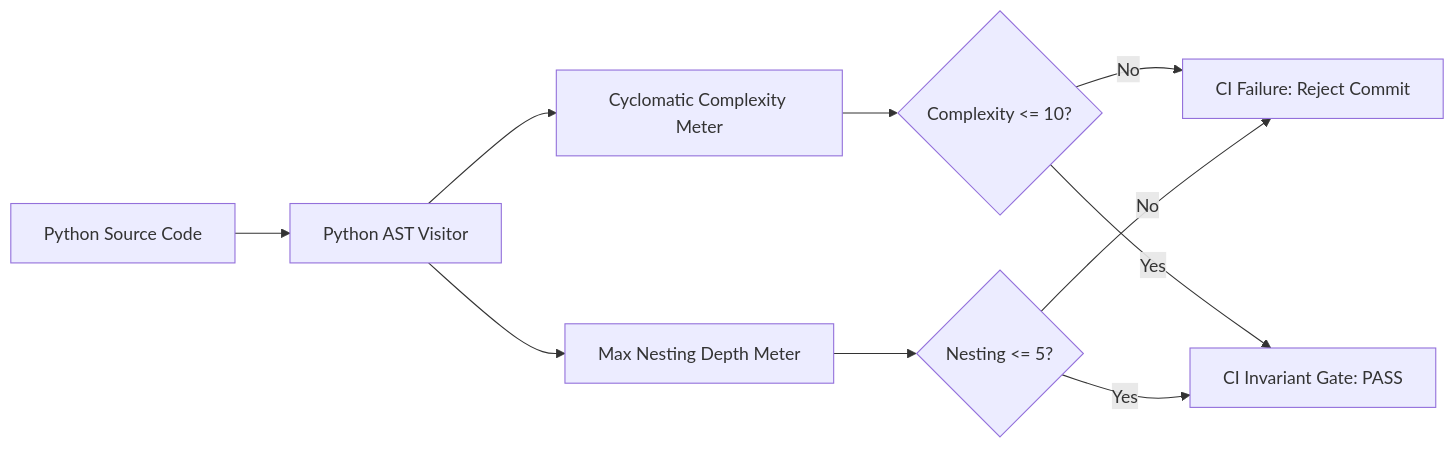
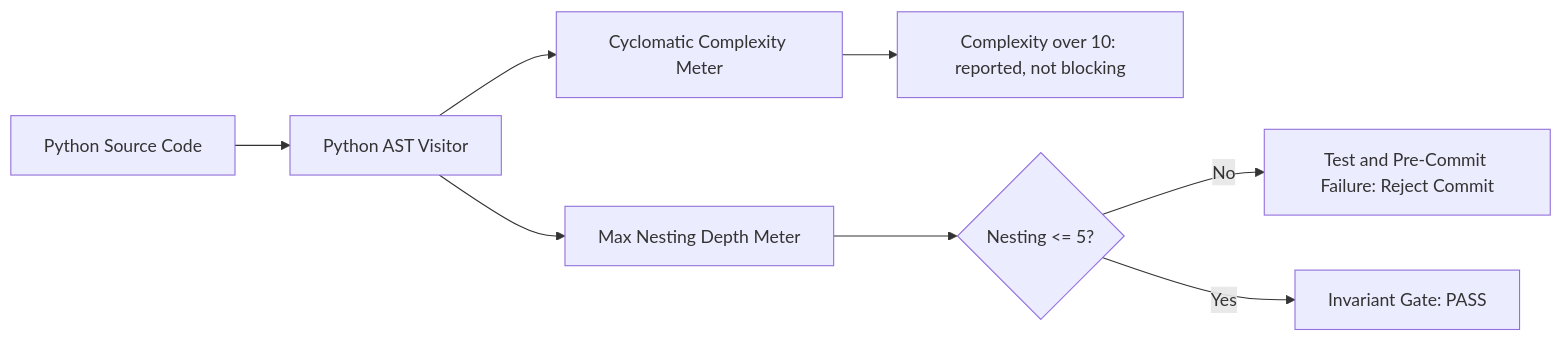
One commit to dan-petty/vibes changed the diagram in observations/devops-cli/02-architectural-invariants-and-complexity-caps.md. Above: the diagram before and after it, drawn with Mermaid. The commit also changed other lines of this file and 248 other files, not shown here.

````diff
--- a/observations/devops-cli/02-architectural-invariants-and-complexity-caps.md
+++ b/observations/devops-cli/02-architectural-invariants-and-complexity-caps.md
@@ -60,12 +60,10 @@
 ```mermaid
 flowchart LR
     Code[Python Source Code] --> AST[Python AST Visitor]
     AST --> CC[Cyclomatic Complexity Meter]
     AST --> Depth[Max Nesting Depth Meter]
-    CC --> Gate{Complexity <= 10?}
+    CC --> Report["Complexity over 10: reported, not blocking"]
     Depth --> Gate2{Nesting <= 5?}
-    Gate -- No --> Reject[CI Failure: Reject Commit]
-    Gate2 -- No --> Reject
-    Gate -- Yes --> Pass[CI Invariant Gate: PASS]
-    Gate2 -- Yes --> Pass
+    Gate2 -- No --> Reject["Test and Pre-Commit Failure: Reject Commit"]
+    Gate2 -- Yes --> Pass[Invariant Gate: PASS]
 ```
````
